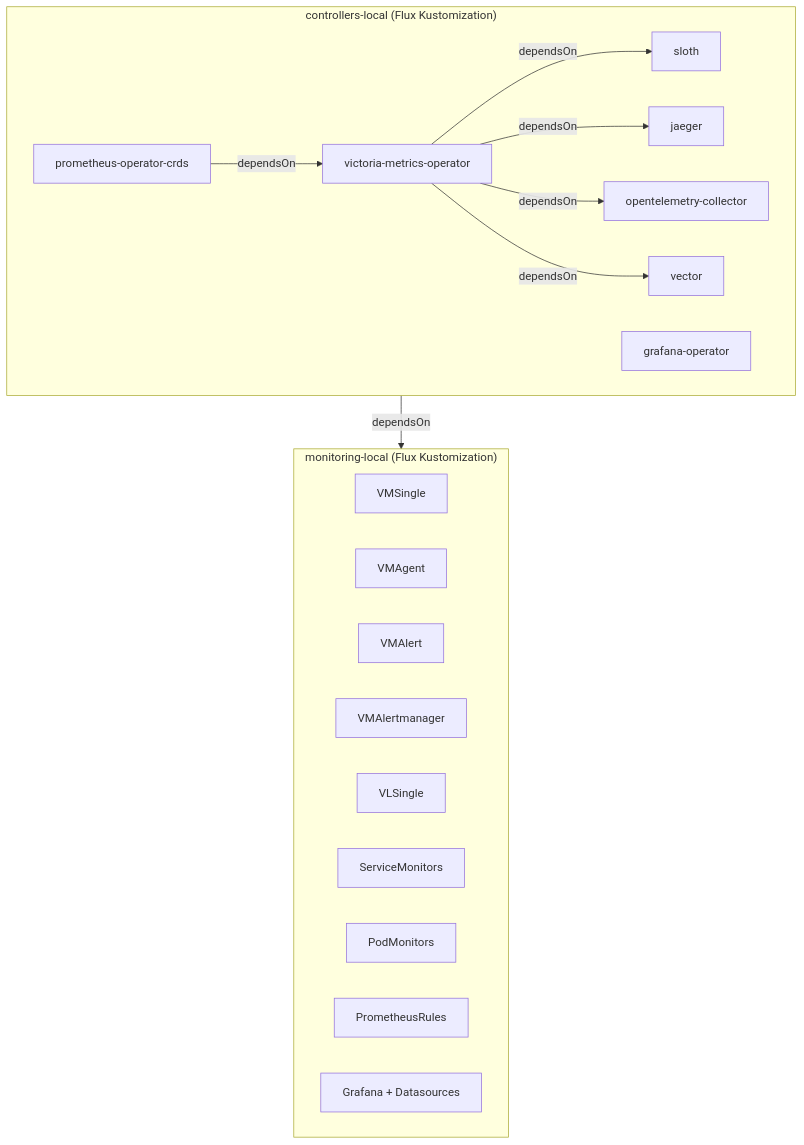
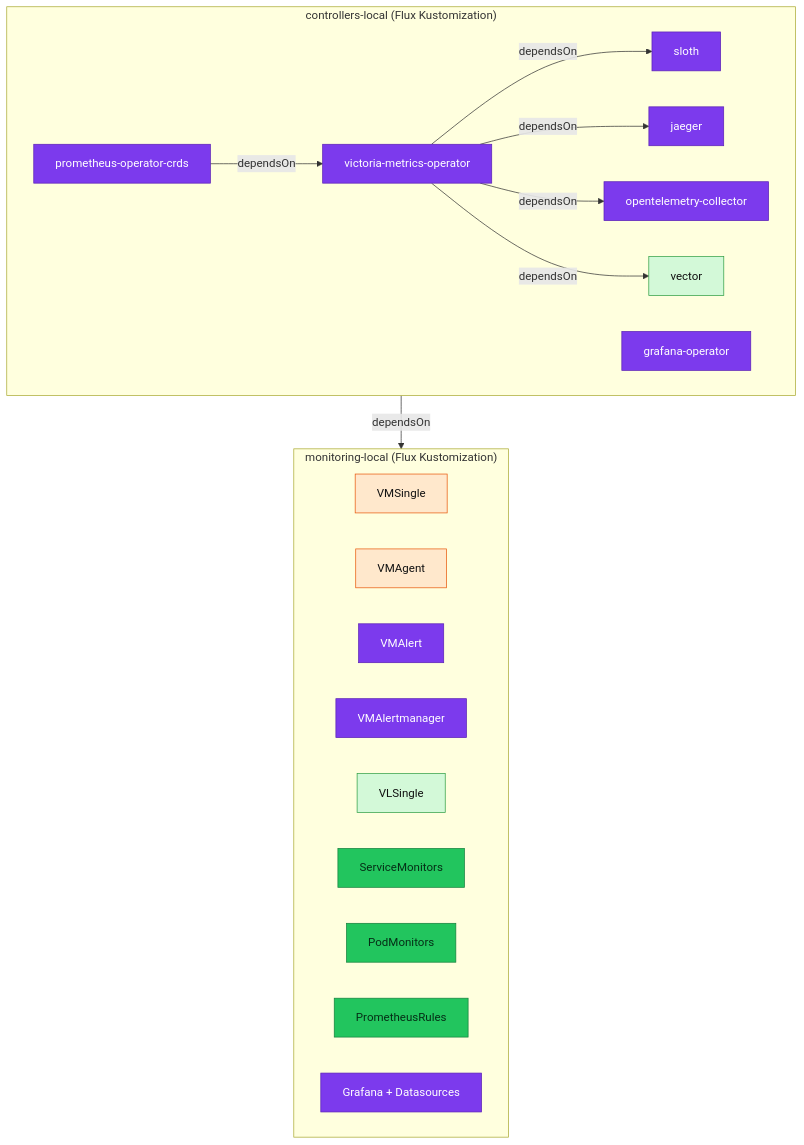
One commit to duynhlab/homelab changed the third of 6 diagrams in docs/observability/metrics/victoriametrics.md. Above: the diagram before and after it, drawn with Mermaid. The commit also changed other lines of this file and 33 other files, not shown here.

First line of the commit message:
Refresh observability diagrams (#516)

````diff
--- a/docs/observability/metrics/victoriametrics.md
+++ b/docs/observability/metrics/victoriametrics.md
@@ -418,31 +447,47 @@
 ```mermaid
 flowchart TD
     subgraph controllers ["controllers-local (Flux Kustomization)"]
         PromCRDs["prometheus-operator-crds"]
         VMOp["victoria-metrics-operator"]
         GrafanaOp["grafana-operator"]
         Sloth["sloth"]
         Jaeger["jaeger"]
         OTel["opentelemetry-collector"]
         Vector["vector"]
     end
 
     subgraph monitoring ["monitoring-local (Flux Kustomization)"]
         VMSingle_k["VMSingle"]
         VMAgent_k["VMAgent"]
         VMAlert_k["VMAlert"]
         VMAMgr_k["VMAlertmanager"]
         VLSingle_k["VLSingle"]
         SMs["ServiceMonitors"]
         PMs["PodMonitors"]
         PRs["PrometheusRules"]
         GrafanaCR["Grafana + Datasources"]
     end
 
     PromCRDs -->|"dependsOn"| VMOp
     VMOp -->|"dependsOn"| Sloth
     VMOp -->|"dependsOn"| Jaeger
     VMOp -->|"dependsOn"| OTel
     VMOp -->|"dependsOn"| Vector
     controllers -->|"dependsOn"| monitoring
+
+    classDef service fill:#06b6d4,color:#082f49,stroke:#0e7490;
+    classDef edge fill:#2563eb,color:#fff,stroke:#1e3a8a;
+    classDef platform fill:#7c3aed,color:#fff,stroke:#5b21b6;
+    classDef external fill:#64748b,color:#fff,stroke:#334155;
+    classDef data fill:#22c55e,color:#052e16,stroke:#15803d;
+    classDef metric fill:#ffe8cc,color:#111,stroke:#e8590c;
+    classDef log fill:#d3f9d8,color:#111,stroke:#2f9e44;
+    classDef trace fill:#c5f6fa,color:#111,stroke:#0c8599;
+    classDef collector fill:#a5d8ff,color:#111,stroke:#1971c2;
+    class PromCRDs,VMOp,GrafanaOp,Sloth,Jaeger,OTel platform;
+    class Vector,VLSingle_k log;
+    class VMSingle_k,VMAgent_k metric;
+    class VMAlert_k,VMAMgr_k platform;
+    class SMs,PMs,PRs data;
+    class GrafanaCR platform;
 ```
````
